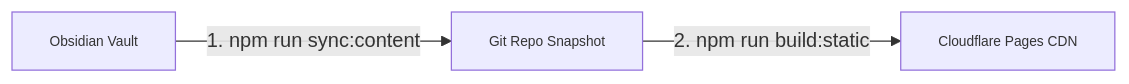
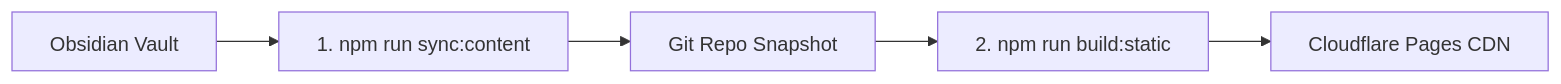
Before and after one commit to joeseverino/jseverino.com: the first of 2 diagrams in docs/Architecture.md, drawn with Mermaid. The commit also changed other lines of this file and 39 other files, not shown here.

````diff
--- a/docs/Architecture.md
+++ b/docs/Architecture.md
@@ -9,7 +9,5 @@
 ```mermaid
+%%{init: { "htmlLabels": false } }%%
 graph LR
-    Vault["Obsidian Vault"] -->|1. npm run sync:content| Repo["Git Repo Snapshot"]
-    Repo -->|2. npm run build:static| CF["Cloudflare Pages CDN"]
-
-    classDef default font-size:11px;
+    Vault["Obsidian Vault"] --> Sync["1. npm run sync:content"] --> Repo["Git Repo Snapshot"] --> Build["2. npm run build:static"] --> CF["Cloudflare Pages CDN"]
 ```
````
